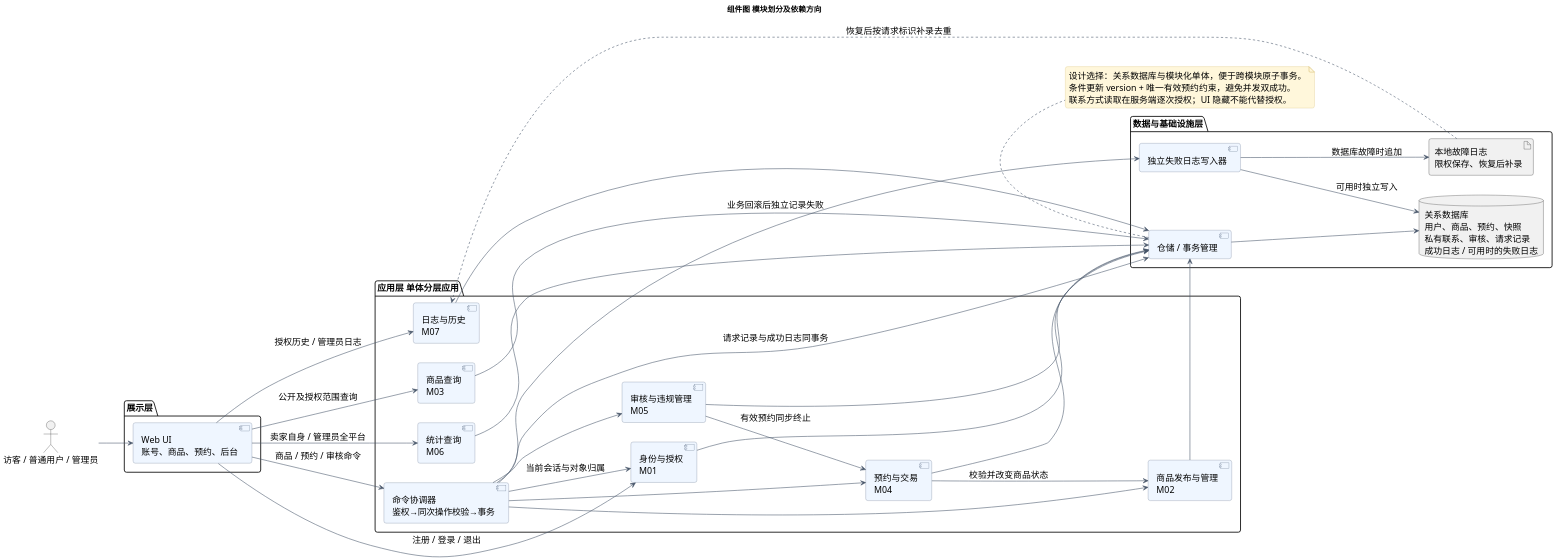
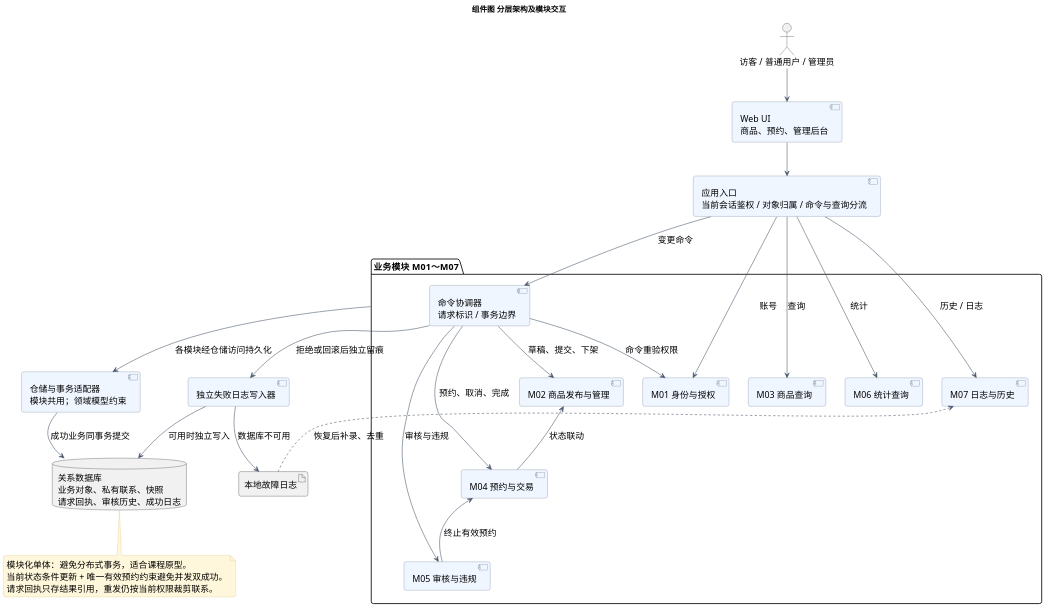
One commit to unfinities/software-engineering-labs changed the diagram in lab2/UML/02_组件图.puml. Above: the diagram before and after it, drawn with PlantUML. The commit also changed 29 other files, not shown here.

Commit message:
lab2: refine UML and export fourteen UI screens with report draft

```diff
--- a/lab2/UML/02_组件图.puml
+++ b/lab2/UML/02_组件图.puml
@@ -1,69 +1,65 @@
 @startuml
 skinparam defaultFontName Microsoft YaHei
 skinparam defaultFontSize 16
 skinparam backgroundColor white
 skinparam shadowing false
 skinparam ArrowColor #475569
 skinparam classBackgroundColor #EFF6FF
 skinparam classBorderColor #64748B
 skinparam componentBackgroundColor #EFF6FF
 skinparam componentBorderColor #64748B
 skinparam stateBackgroundColor #EFF6FF
 skinparam stateBorderColor #64748B
 skinparam noteBackgroundColor #FFF7DB
 skinparam noteBorderColor #D6BD72
 skinparam roundcorner 8
 skinparam dpi 160
-title 组件图 模块划分及依赖方向
-left to right direction
+title 组件图 分层架构及模块交互
+top to bottom direction
 actor "访客 / 普通用户 / 管理员" as Actor
-package "展示层" {
-  [Web UI\n账号、商品、预约、后台] as UI
+[Web UI\n商品、预约、管理后台] as UI
+[应用入口\n当前会话鉴权 / 对象归属 / 命令与查询分流] as Entry
+package "业务模块  M01～M07" as Modules {
+  [M01 身份与授权] as Auth
+  [M03 商品查询] as Search
+  [M06 统计查询] as Stats
+  [M07 日志与历史] as Audit
+  [命令协调器\n请求标识 / 事务边界] as Cmd
+  [M02 商品发布与管理] as Item
+  [M04 预约与交易] as Trade
+  [M05 审核与违规] as Mod
+  Auth -[hidden]right- Search
+  Search -[hidden]right- Stats
+  Stats -[hidden]right- Audit
+  Item -[hidden]right- Trade
+  Trade -[hidden]right- Mod
+  Cmd --> Auth : 命令重验权限
+  Cmd --> Item : 草稿、提交、下架
+  Cmd --> Trade : 预约、取消、完成
+  Cmd --> Mod : 审核与违规
+  Trade --> Item : 状态联动
+  Mod --> Trade : 终止有效预约
 }
-package "应用层 单体分层应用" {
-  [身份与授权\nM01] as Auth
-  [商品发布与管理\nM02] as Item
-  [商品查询\nM03] as Search
-  [预约与交易\nM04] as Trade
-  [审核与违规管理\nM05] as Mod
-  [统计查询\nM06] as Stats
-  [日志与历史\nM07] as Audit
-  [命令协调器\n鉴权→同次操作校验→事务] as Cmd
-}
-package "数据与基础设施层" {
-  [仓储 / 事务管理] as Repo
-  database "关系数据库\n用户、商品、预约、快照\n私有联系、审核、请求记录\n成功日志 / 可用时的失败日志" as DB
-  [独立失败日志写入器] as Fail
-  artifact "本地故障日志\n限权保存、恢复后补录" as File
-}
+[仓储与事务适配器\n模块共用；领域模型约束] as Repo
+database "关系数据库\n业务对象、私有联系、快照\n请求回执、审核历史、成功日志" as DB
+[独立失败日志写入器] as Fail
+artifact "本地故障日志" as File
 Actor --> UI
-UI --> Auth : 注册 / 登录 / 退出
-UI --> Search : 公开及授权范围查询
-UI --> Stats : 卖家自身 / 管理员全平台
-UI --> Audit : 授权历史 / 管理员日志
-UI --> Cmd : 商品 / 预约 / 审核命令
-Cmd --> Auth : 当前会话与对象归属
-Cmd --> Item
-Cmd --> Trade
-Cmd --> Mod
-Trade --> Item : 校验并改变商品状态
-Mod --> Trade : 有效预约同步终止
-Item --> Repo
-Trade --> Repo
-Mod --> Repo
-Auth --> Repo
-Search --> Repo
-Stats --> Repo
-Audit --> Repo
-Cmd --> Repo : 请求记录与成功日志同事务
-Repo --> DB
-Cmd --> Fail : 业务回滚后独立记录失败
+UI --> Entry
+Entry --> Auth : 账号
+Entry --> Search : 查询
+Entry --> Stats : 统计
+Entry --> Audit : 历史 / 日志
+Entry --> Cmd : 变更命令
+Modules --> Repo : 各模块经仓储访问持久化
+Repo --> DB : 成功业务同事务提交
+Cmd --> Fail : 拒绝或回滚后独立留痕
 Fail --> DB : 可用时独立写入
-Fail --> File : 数据库故障时追加
-File ..> Audit : 恢复后按请求标识补录去重
-note bottom of Repo
-  设计选择：关系数据库与模块化单体，便于跨模块原子事务。
-  条件更新 version + 唯一有效预约约束，避免并发双成功。
-  联系方式读取在服务端逐次授权；UI 隐藏不能代替授权。
+Fail --> File : 数据库不可用
+File ..> Audit : 恢复后补录、去重
+note bottom of DB
+  模块化单体：避免分布式事务，适合课程原型。
+  当前状态条件更新 + 唯一有效预约约束避免并发双成功。
+  请求回执只存结果引用，重发仍按当前权限裁剪联系。
 end note
 @enduml
```
